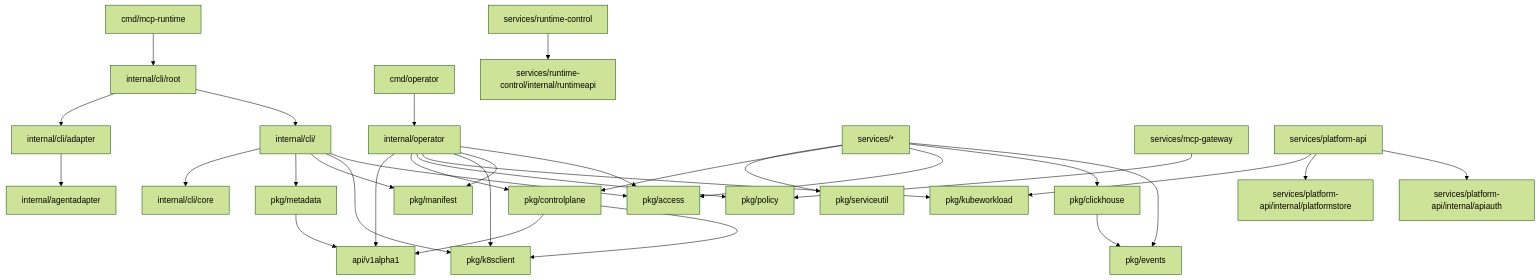
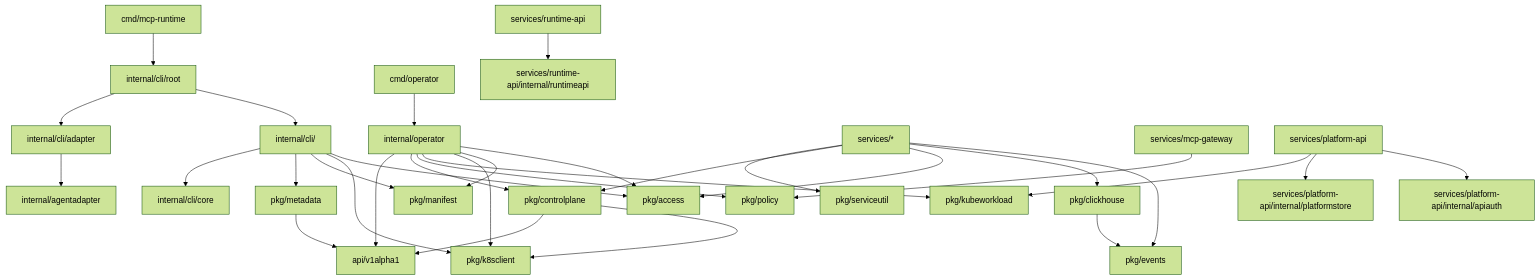
Before and after one commit to Agent-Hellboy/mcp-runtime: the fourth of 4 diagrams in docs/internals/README.md, drawn with Mermaid (forest theme). The commit also changed other lines of this file and 134 other files, not shown here.

First line of the commit message:
refactor(sentinel): rename runtime-control to runtime-api

````diff
--- a/docs/internals/README.md
+++ b/docs/internals/README.md
@@ -111,34 +111,34 @@
 ```mermaid
 flowchart TB
     Cmd[cmd/mcp-runtime] --> CLIRoot[internal/cli/root]
     CLIRoot --> CLIAdapter
     CLIAdapter[internal/cli/adapter] --> AgentAdapter[internal/agentadapter]
     CLIRoot --> CLICommands[internal/cli/<command>]
     CLICommands --> CLICore[internal/cli/core]
     CLICommands --> Metadata[pkg/metadata]
     CLICommands --> Manifest[pkg/manifest]
     CLICommands --> K8sClient[pkg/k8sclient]
     CLICommands --> Access[pkg/access]
     CmdOp[cmd/operator] --> Operator[internal/operator]
     Operator --> API[api/v1alpha1]
     Operator --> ControlPlane[pkg/controlplane]
     Operator --> Policy[pkg/policy]
     Operator --> Workload[pkg/kubeworkload]
     Operator --> K8sClient
     Operator --> Manifest
     Operator --> Access
     Services[services/*] --> ServiceUtil[pkg/serviceutil]
     Services --> ControlPlane
     Services --> Access
     Services --> ClickHouse[pkg/clickhouse]
     Services --> Events[pkg/events]
     Gateway[services/mcp-gateway] --> Policy
     PlatformAPI[services/platform-api] --> Workload
-    RuntimeControl[services/runtime-control] --> RuntimeAPI[services/runtime-control/internal/runtimeapi]
+    RuntimeAPI[services/runtime-api] --> RuntimeAPIPkg[services/runtime-api/internal/runtimeapi]
     PlatformAPI --> PlatformStore[services/platform-api/internal/platformstore]
     PlatformAPI --> APIAuth[services/platform-api/internal/apiauth]
     ClickHouse --> Events
     ControlPlane --> API
     ControlPlane --> K8sClient
     Metadata --> API
 ```
````
